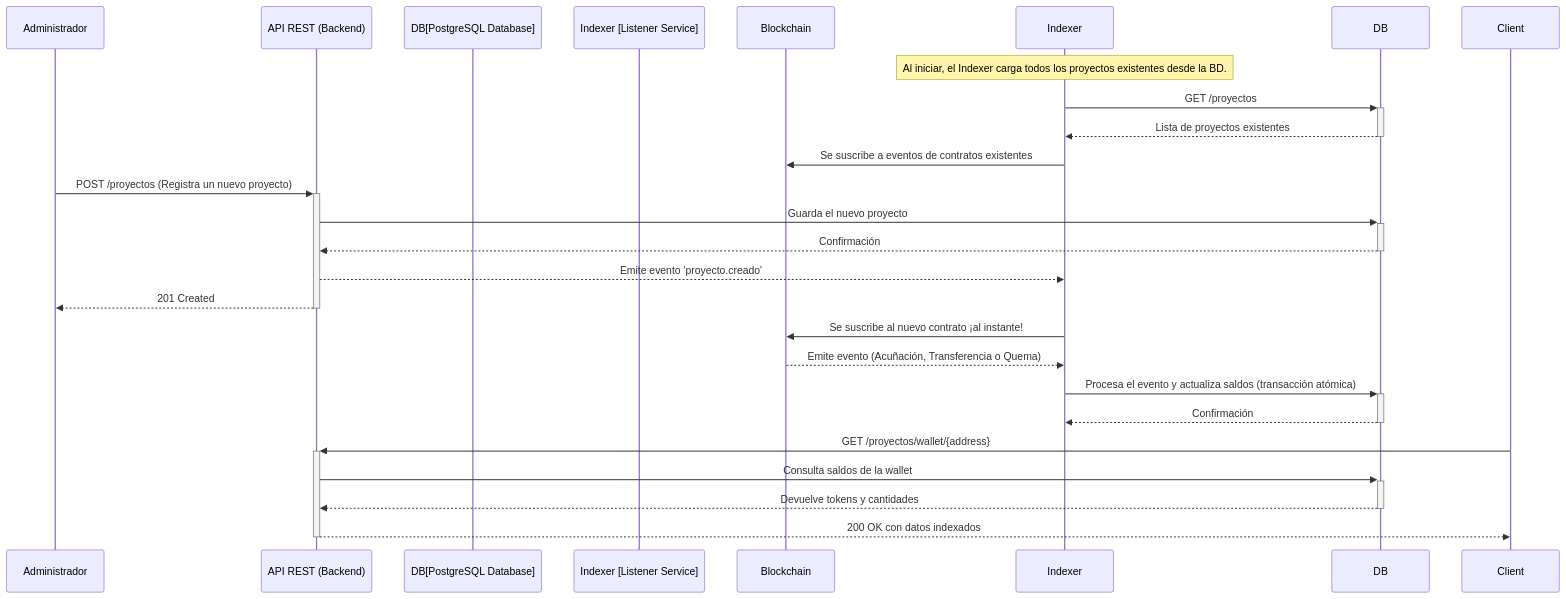
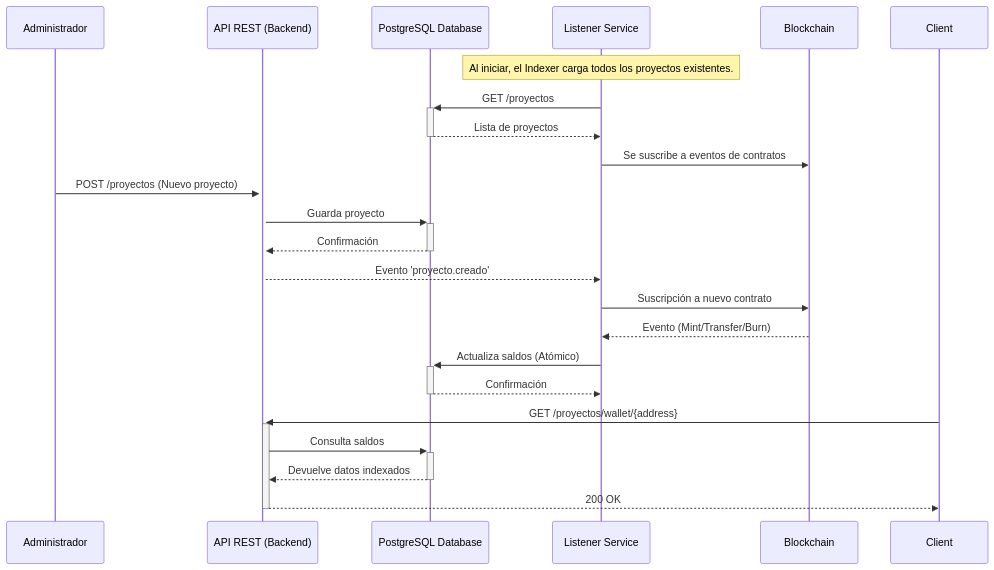
One commit to RubenDarioGuerreroNeira/RubenDarioGuerreroNeira changed the diagram in README.md. Above: the diagram before and after it, drawn with Mermaid. The commit also changed other lines of this file and 3 other files, not shown here.

````diff
--- a/README.md
+++ b/README.md
@@ -274,29 +71,28 @@
 ```mermaid
 sequenceDiagram
     participant Admin as Administrador
     participant API_Principal as API REST (Backend)
-    participant DB[PostgreSQL Database]
-    participant Indexer [Listener Service]
+    participant DB as PostgreSQL Database
+    participant Indexer as Listener Service
     participant Blockchain
 
-    Note over Indexer: Al iniciar, el Indexer carga todos los proyectos existentes desde la BD.
+    Note over Indexer: Al iniciar, el Indexer carga todos los proyectos existentes.
     Indexer->>+DB: GET /proyectos
-    DB-->>-Indexer: Lista de proyectos existentes
-    Indexer->>Blockchain: Se suscribe a eventos de contratos existentes
+    DB-->>-Indexer: Lista de proyectos
+    Indexer->>Blockchain: Se suscribe a eventos de contratos
 
-    Admin->>+API_Principal: POST /proyectos (Registra un nuevo proyecto)
-    API_Principal->>+DB: Guarda el nuevo proyecto
+    Admin->>+API_Principal: POST /proyectos (Nuevo proyecto)
+    API_Principal->>+DB: Guarda proyecto
     DB-->>-API_Principal: Confirmación
-    API_Principal-->>Indexer: Emite evento 'proyecto.creado'
-    API_Principal-->>-Admin: 201 Created
-    Indexer->>Blockchain: Se suscribe al nuevo contrato ¡al instante!
+    API_Principal-->>Indexer: Evento 'proyecto.creado'
+    Indexer->>Blockchain: Suscripción a nuevo contrato
 
-    Blockchain-->>Indexer: Emite evento (Acuñación, Transferencia o Quema)
-    Indexer->>+DB: Procesa el evento y actualiza saldos (transacción atómica)
+    Blockchain-->>Indexer: Evento (Mint/Transfer/Burn)
+    Indexer->>+DB: Actualiza saldos (Atómico)
     DB-->>-Indexer: Confirmación
 
     Client->>+API_Principal: GET /proyectos/wallet/{address}
-    API_Principal->>+DB: Consulta saldos de la wallet
-    DB-->>-API_Principal: Devuelve tokens y cantidades
-    API_Principal-->>-Client: 200 OK con datos indexados
+    API_Principal->>+DB: Consulta saldos
+    DB-->>-API_Principal: Devuelve datos indexados
+    API_Principal-->>-Client: 200 OK
 ```
````
